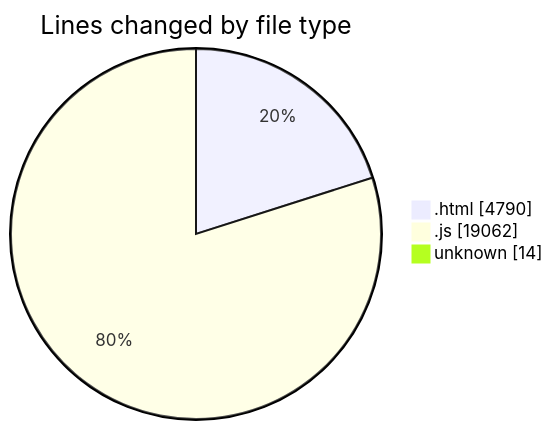
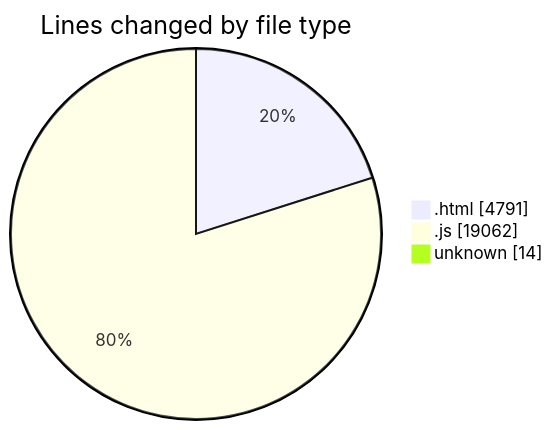
One commit to LanceThiago/code-tracking changed the first of 2 diagrams in 2025-04-24/enre_-_calculadora_de_consumo_v_2022_files/README.md. Above: the diagram before and after it, drawn with Mermaid. The commit also changed other lines of this file and 1 other file, not shown here.

````diff
--- a/2025-04-24/enre_-_calculadora_de_consumo_v_2022_files/README.md
+++ b/2025-04-24/enre_-_calculadora_de_consumo_v_2022_files/README.md
@@ -22,7 +22,7 @@
 ```mermaid
 pie showData
 title Lines changed by file type
-".html" : 4790
+".html" : 4791
 ".js" : 19062
 "unknown" : 14
 ```
````
